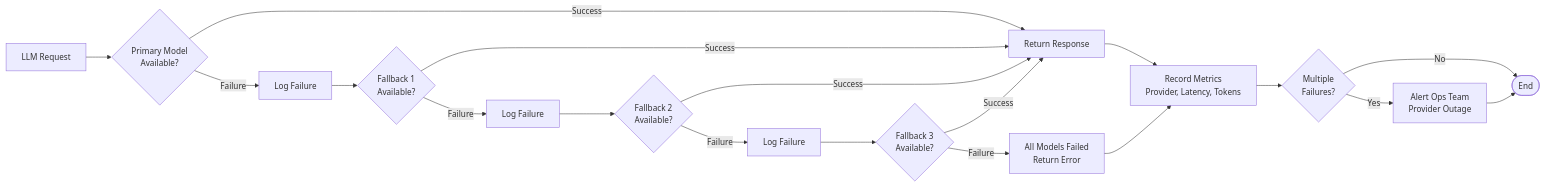
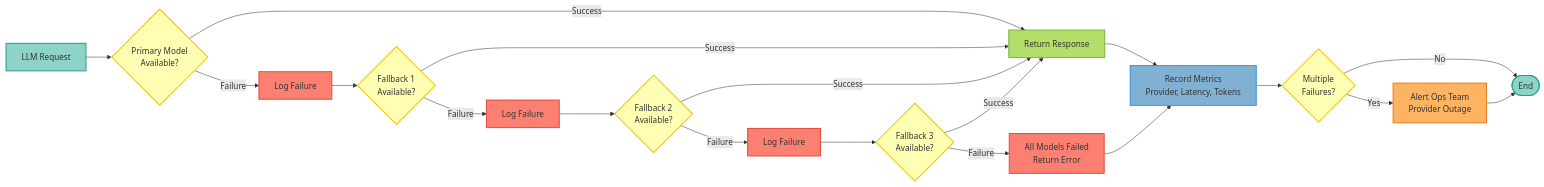
The ninth of 10 diagrams in docs/diagrams/system-architecture.mdx (vishnu2kmohan/mcp-server-langgraph), drawn with Mermaid before and after one commit. The commit also changed other lines of this file, not shown here.

First line of the commit message:
docs: add ColorBrewer2 Set3 palette styling to 8 system architecture diagrams

````diff
--- a/docs/diagrams/system-architecture.mdx
+++ b/docs/diagrams/system-architecture.mdx
@@ -484,28 +561,42 @@
 ```mermaid
 flowchart LR
     Request[LLM Request] --> Primary{Primary Model<br/>Available?}
 
     Primary -->|Success| Response[Return Response]
     Primary -->|Failure| Log1[Log Failure]
 
     Log1 --> Fallback1{Fallback 1<br/>Available?}
     Fallback1 -->|Success| Response
     Fallback1 -->|Failure| Log2[Log Failure]
 
     Log2 --> Fallback2{Fallback 2<br/>Available?}
     Fallback2 -->|Success| Response
     Fallback2 -->|Failure| Log3[Log Failure]
 
     Log3 --> Fallback3{Fallback 3<br/>Available?}
     Fallback3 -->|Success| Response
     Fallback3 -->|Failure| Error[All Models Failed<br/>Return Error]
 
     Response --> Metrics[Record Metrics<br/>Provider, Latency, Tokens]
     Error --> Metrics
 
     Metrics --> Alert{Multiple<br/>Failures?}
     Alert -->|Yes| Notify[Alert Ops Team<br/>Provider Outage]
     Alert -->|No| End([End])
     Notify --> End
 
+    %% ColorBrewer2 Set3 palette - each component type uniquely colored
+    classDef startEndStyle fill:#8dd3c7,stroke:#2a9d8f,stroke-width:2px,color:#333
+    classDef decisionStyle fill:#ffffb3,stroke:#f1c40f,stroke-width:2px,color:#333
+    classDef successStyle fill:#b3de69,stroke:#7cb342,stroke-width:2px,color:#333
+    classDef failureStyle fill:#fb8072,stroke:#e74c3c,stroke-width:2px,color:#333
+    classDef metricsStyle fill:#80b1d3,stroke:#3498db,stroke-width:2px,color:#333
+    classDef alertStyle fill:#fdb462,stroke:#e67e22,stroke-width:2px,color:#333
+
+    class Request,End startEndStyle
+    class Primary,Fallback1,Fallback2,Fallback3,Alert decisionStyle
+    class Response successStyle
+    class Log1,Log2,Log3,Error failureStyle
+    class Metrics metricsStyle
+    class Notify alertStyle
 ```
````
